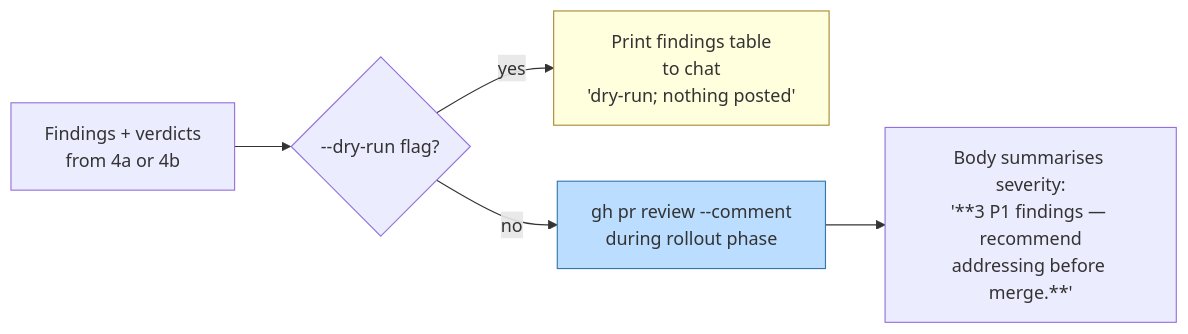
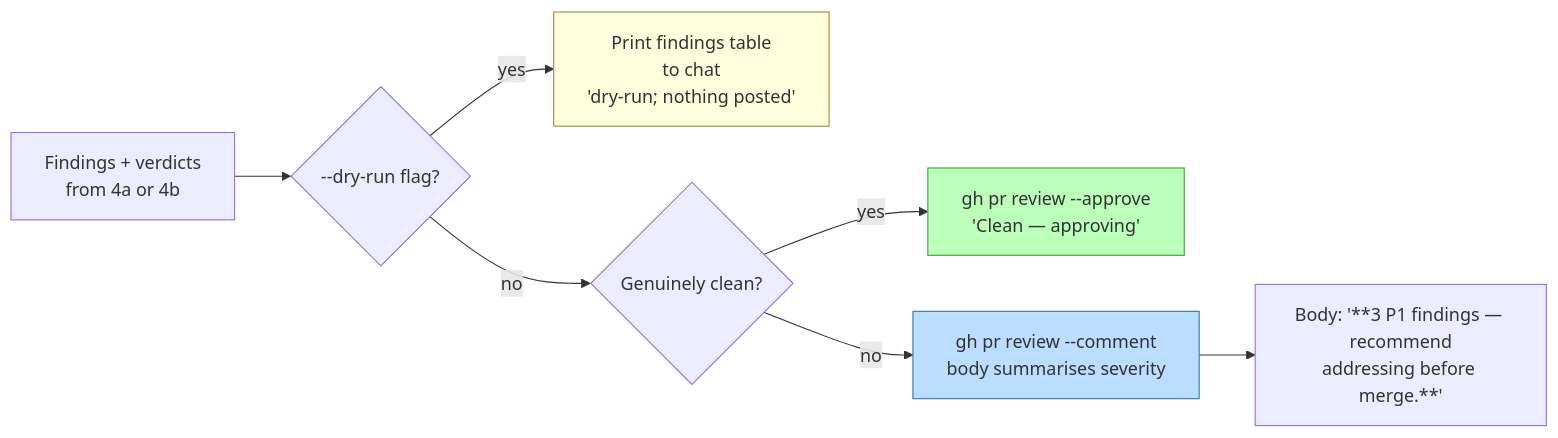
The eighth of 15 diagrams in HOW-IT-WORKS.md (pkesavangg/pr-review-skills), drawn with Mermaid before and after one commit. The commit also changed other lines of this file and 2 other files, not shown here.

First line of the commit message:
Auto-approve genuinely clean PRs in /review-pr

````diff
--- a/HOW-IT-WORKS.md
+++ b/HOW-IT-WORKS.md
@@ -342,11 +342,14 @@
 ```mermaid
 flowchart LR
     Pipeline[Findings + verdicts<br/>from 4a or 4b] --> DryRun{--dry-run flag?}
     DryRun -- yes --> Print[Print findings table<br/>to chat<br/>'dry-run; nothing posted']
-    DryRun -- no --> AlwaysComment[gh pr review --comment<br/>during rollout phase]
+    DryRun -- no --> Clean{Genuinely clean?}
+    Clean -- yes --> Approve[gh pr review --approve<br/>'Clean — approving']
+    Clean -- no --> Comment[gh pr review --comment<br/>body summarises severity]
 
-    AlwaysComment --> Body[Body summarises severity:<br/>'**3 P1 findings — recommend<br/>addressing before merge.**']
+    Comment --> Body[Body: '**3 P1 findings — recommend<br/>addressing before merge.**']
 
     style Print fill:#ffd,stroke:#a83
-    style AlwaysComment fill:#bdf,stroke:#37a
+    style Approve fill:#bfb,stroke:#3a3
+    style Comment fill:#bdf,stroke:#37a
 ```
````
